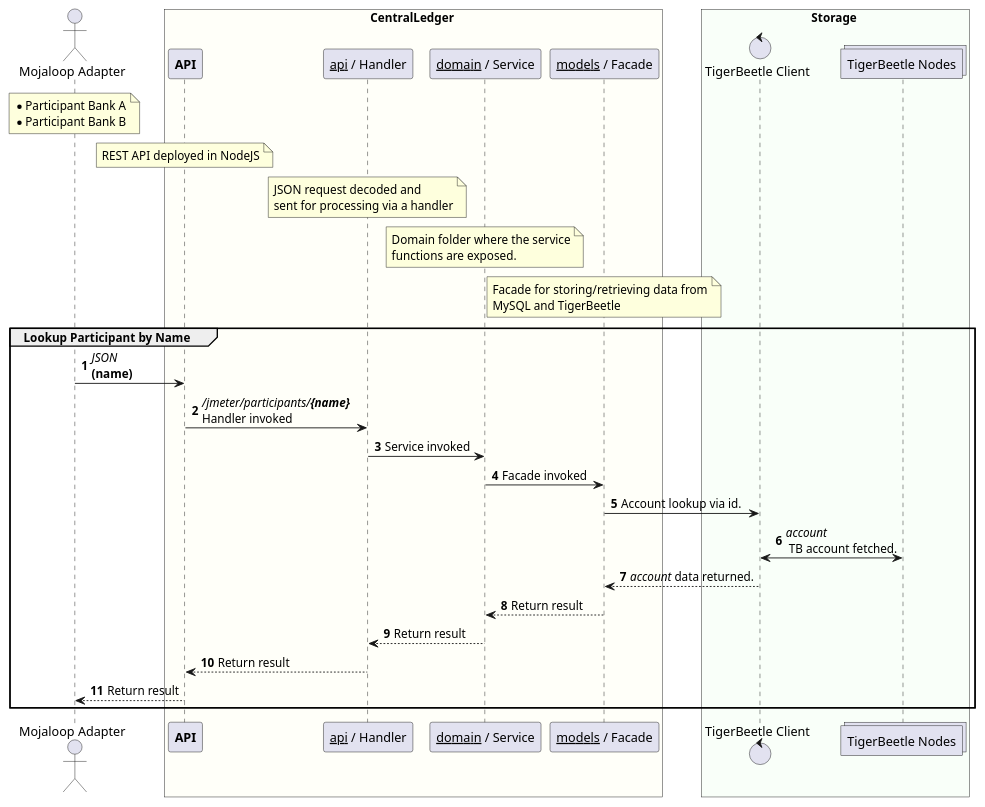
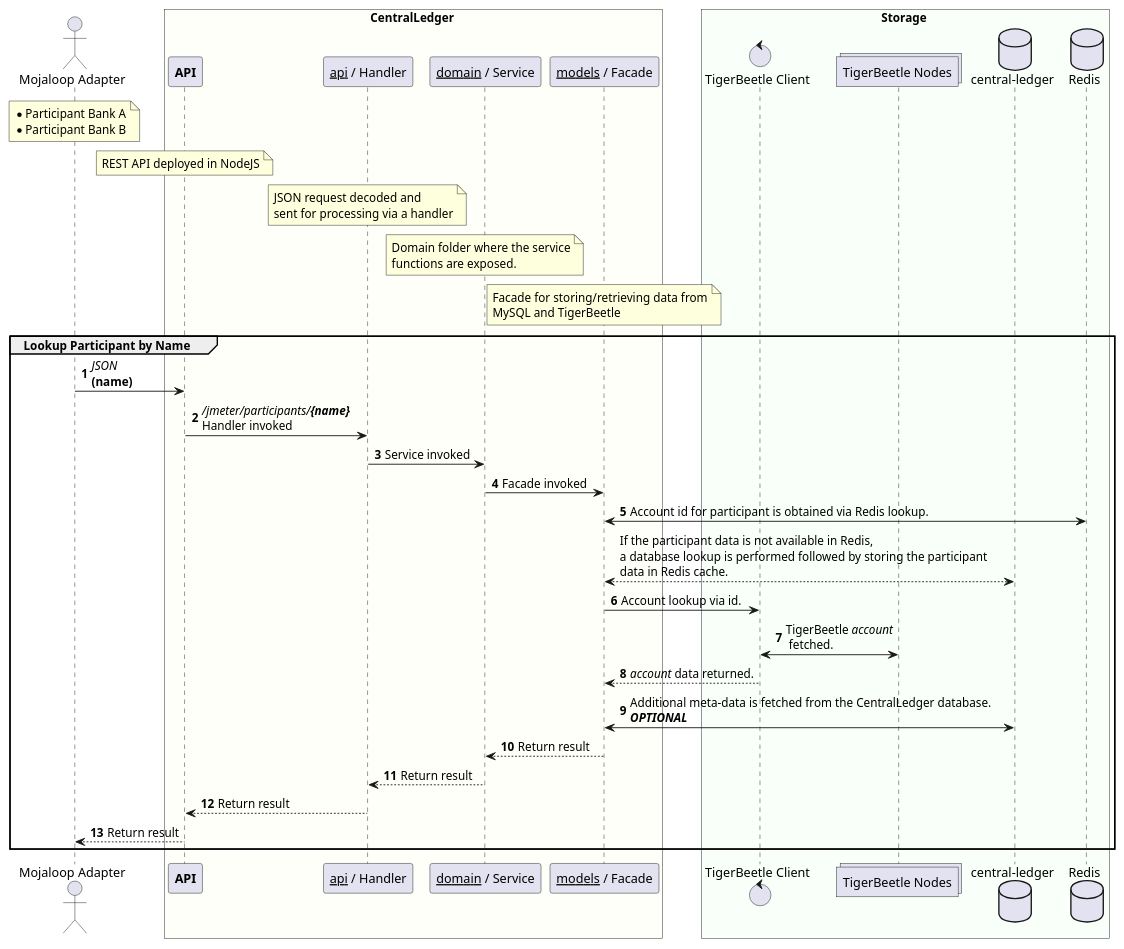
One commit to coilhq/mucoa changed the diagram in solution_design/sequence-participant-tb-enabled-lookup.puml. Above: the diagram before and after it, drawn with PlantUML. The commit also changed 11 other files, not shown here.

```diff
--- a/solution_design/sequence-participant-tb-enabled-lookup.puml
+++ b/solution_design/sequence-participant-tb-enabled-lookup.puml
@@ -1,55 +1,62 @@
 @startuml
 
 actor "Mojaloop Adapter" as dfsp
 note over dfsp
     * Participant Bank A
     * Participant Bank B
 end note
 
 box CentralLedger #FFFFF9
     participant "**API**" as cl_api
     participant "__api__ / Handler" as cl_handler
     participant "__domain__ / Service" as cl_domain
     participant "__models__ / Facade" as cl_facade
 
     note over cl_api
         REST API deployed in NodeJS
     end note
 
     note over cl_handler
         JSON request decoded and
         sent for processing via a handler
     end note
 
     note over cl_domain
         Domain folder where the service
         functions are exposed.
     end note
 
     note over cl_facade
         Facade for storing/retrieving data from
         MySQL and TigerBeetle
     end note
 end box
 
 box Storage #F9FFF9
-	control "TigerBeetle Client" as tb_client
-	collections "TigerBeetle Nodes" as tb_nodes
+    control "TigerBeetle Client" as tb_client
+    collections "TigerBeetle Nodes" as tb_nodes
+    database "central-ledger" as cl_db
+    database "Redis" as redis_cache
 end box
 
 autonumber
 group Lookup Participant by Name
     dfsp -> cl_api : //JSON// \n**(name)**
     cl_api -> cl_handler : ///jmeter/participants/**{name}**// \nHandler invoked
     cl_handler -> cl_domain : Service invoked
     cl_domain -> cl_facade : Facade invoked
+    cl_facade <-> redis_cache : Account id for participant is obtained via Redis lookup.
+    autonumber stop
+    cl_facade <--> cl_db : If the participant data is not available in Redis, \na database lookup is performed followed by storing the participant\ndata in Redis cache.
+    autonumber resume
     cl_facade -> tb_client : Account lookup via id.
-    tb_client <-> tb_nodes : //account//\n TB account fetched.
+    tb_client <-> tb_nodes : TigerBeetle //account//\n fetched.
     tb_client --> cl_facade : //account// data returned.
+    cl_facade <-> cl_db : Additional meta-data is fetched from the CentralLedger database.\n**//OPTIONAL//**
     cl_facade --> cl_domain : Return result
     cl_domain --> cl_handler : Return result
     cl_handler --> cl_api : Return result
     cl_api --> dfsp : Return result
 end
 
 @enduml
```
